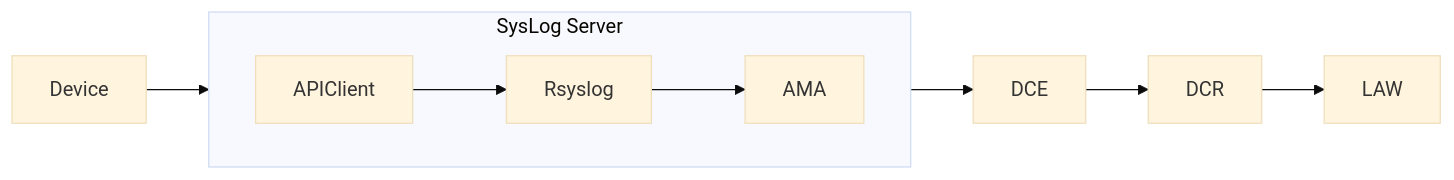
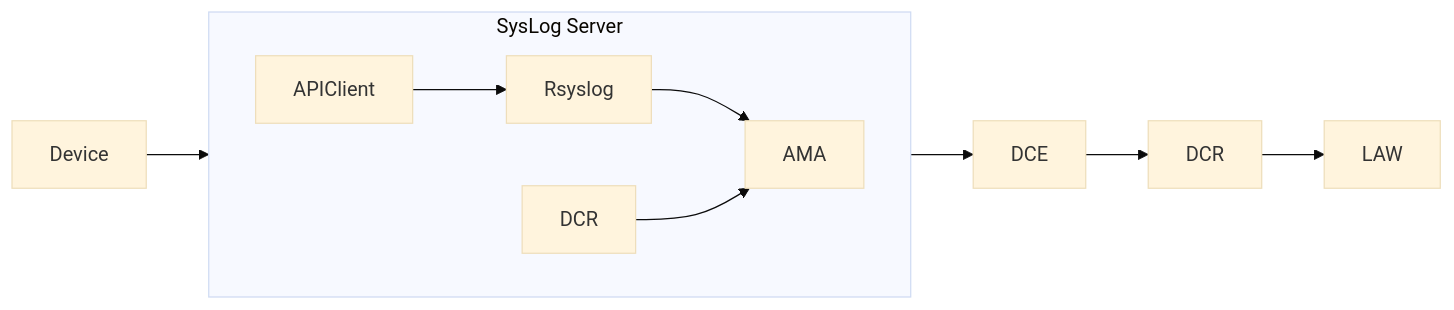
One commit to tlourey/tlourey.github.io changed the diagram in _posts/2025-01-18-ms-sentinel-syslog-and-cef.md. Above: the diagram before and after it, drawn with Mermaid (base theme). The commit also changed other lines of this file and 1 other file, not shown here.

Commit message:
diagram updates

````diff
--- a/_posts/2025-01-18-ms-sentinel-syslog-and-cef.md
+++ b/_posts/2025-01-18-ms-sentinel-syslog-and-cef.md
@@ -84,11 +84,12 @@
 ```mermaid
 flowchart LR
+  Device --> Rsyslog;
   subgraph SysLog Server
     direction LR
     APIClient --> Rsyslog --> AMA
+    DCR1[DCR] --> AMA
   end
-  Device --> Rsyslog;
   AMA --> DCE;
-  DCE --> DCR;
-  DCR --> LAW;
+  DCE --> DCR2[DCR];
+  DCR2[DCR] --> LAW;
 ```
````
